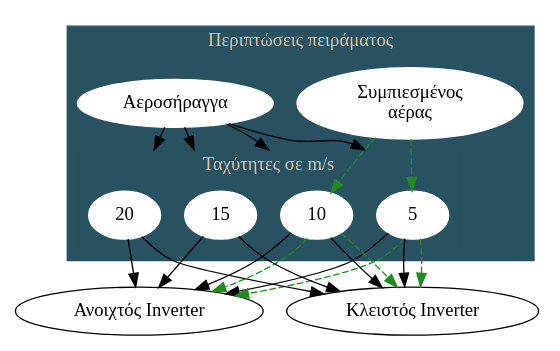
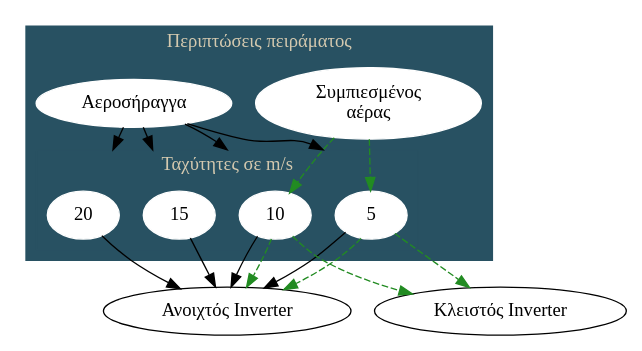
The second of 3 diagrams in diss-docs/main_doc/main_doc.org (hmu-mech-npap/diss.tn.doc), drawn with Graphviz before and after one commit. The commit also changed other lines of this file and 12 other files, not shown here.

```diff
--- a/diss-docs/main_doc/main_doc.org
+++ b/diss-docs/main_doc/main_doc.org
@@ -1344,29 +1349,31 @@
 #+begin_src dot :file ./flowcharts/test-first.png :results file :exports results :session dot :tangle ./graphviz/lab-struct.gv
+
 digraph regexp  {
     compound=true;
     // graph [fontsize=12 fontname="Computer Modern" compound=true];
     // node [fontsize=12 fontname="Computer Modern"];
     subgraph cluster_1{
         fontcolor="#D4C9AF";
         style=filled;
         color="#285162";
         node [style=filled, color=white];
         // "Περιπτώσεις πειράματος" ->
         // {"Συμπιεσμένος \n αέρας"  "Αεροσύραγκα" } [color=red]
         "Συμπιεσμένος \n αέρας" -> {"5" "10"} [color=forestgreen, style=dashed]
         "Αεροσήραγγα" -> {"5" "10" "15" "20"} [color=black, lhead=cluster_2]
         label = "Περιπτώσεις πειράματος";
         {rank=same;"Αεροσήραγγα";"Συμπιεσμένος \n αέρας";}[dir="back"];
         // color=blue
         subgraph cluster_2{
             "5" "10" "15" "20";
             label="Ταχύτητες σε m/s"
         }
     }
     {rank=same;"Ανοιχτός Inverter";"Κλειστός Inverter";}
     {"5" "10" "15" "20"} ->
-    {"Ανοιχτός Inverter" "Κλειστός Inverter"}[color=black]
+    {"Ανοιχτός Inverter"}[color=black]
     {"5" "10" } ->
     {"Ανοιχτός Inverter" "Κλειστός Inverter"}[color=forestgreen, style=dashed]
 }
+
 #+end_src
```
